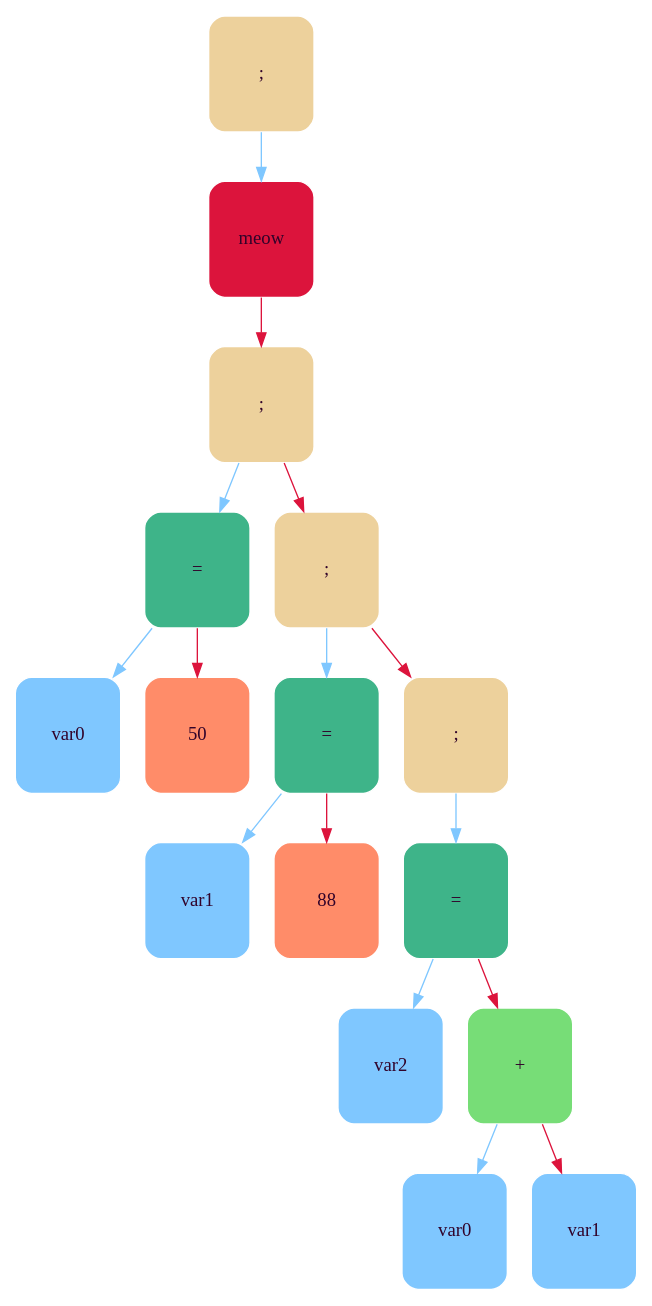
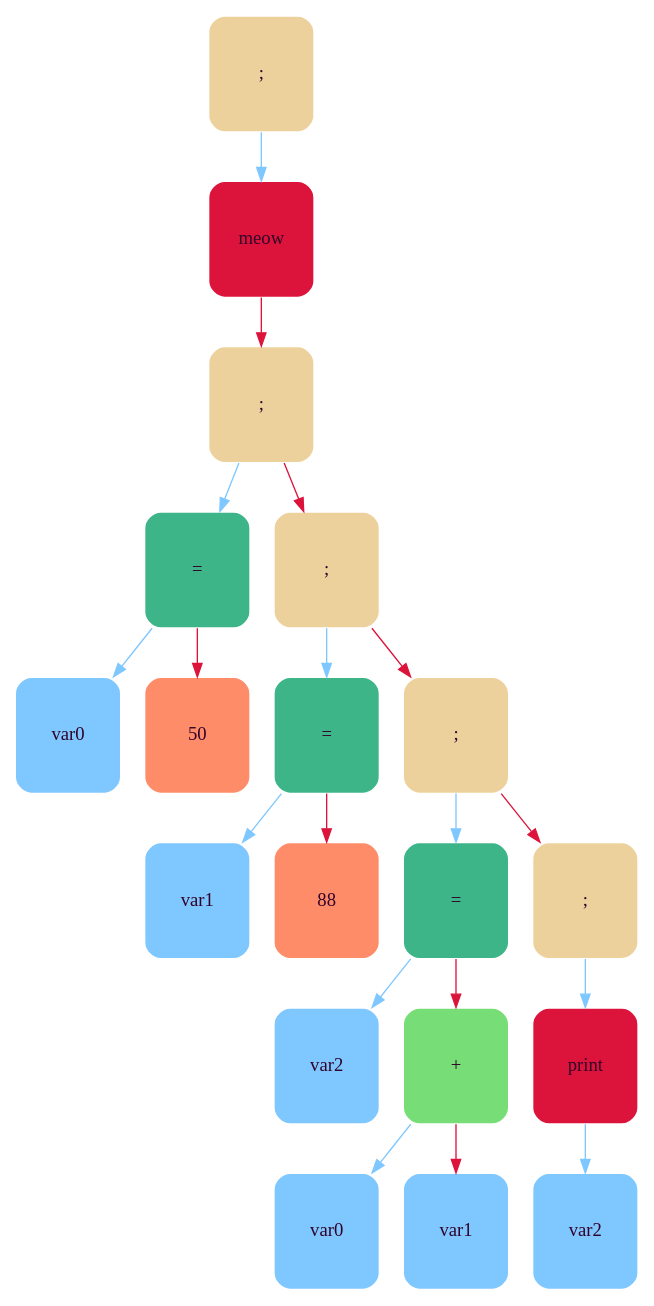
The diagram in frontend/tree/graph_lib/tree_dump.dot (MaxGroshev/language), drawn with Graphviz before and after one commit. The commit also changed 28 other files, not shown here.

```diff
--- a/frontend/tree/graph_lib/tree_dump.dot
+++ b/frontend/tree/graph_lib/tree_dump.dot
@@ -1,37 +1,43 @@
 digraph   
 {
 rankdir = ""
 splines = "true"
 
-node0x56345eefe7c8 [shape = "Mrecord", width = 1.1, height = 1.21, fillcolor = "#EDD19C", style = "filled", fontcolor = "#31032A", fontname = "Calibri", color = "white", label = "{;}"]
-node0x56345eefe7c8 -> node0x56345eefe838 [color = "#7FC7FF", style = "", constraint = true, fillcolor = "#7FC7FF",   fontcolor = "", fontname = "Calibri", label = ""];
-node0x56345eefe838 [shape = "Mrecord", width = 1.1, height = 1.21, fillcolor = "#DC143C", style = "filled", fontcolor = "#31032A", fontname = "Calibri", color = "white", label = "{meow}"]
-node0x56345eefe838 -> node0x56345eefe8a8 [color = "#DC143C", style = "", constraint = true, fillcolor = "#DC143C",   fontcolor = "", fontname = "Calibri", label = ""];
-node0x56345eefe8a8 [shape = "Mrecord", width = 1.1, height = 1.21, fillcolor = "#EDD19C", style = "filled", fontcolor = "#31032A", fontname = "Calibri", color = "white", label = "{;}"]
-node0x56345eefe8a8 -> node0x56345eefe918 [color = "#7FC7FF", style = "", constraint = true, fillcolor = "#7FC7FF",   fontcolor = "", fontname = "Calibri", label = ""];
-node0x56345eefe918 [shape = "Mrecord", width = 1.1, height = 1.21, fillcolor = "#3EB489", style = "filled", fontcolor = "#31032A", fontname = "Calibri", color = "white", label = "{=}"]
-node0x56345eefe918 -> node0x56345eefe988 [color = "#7FC7FF", style = "", constraint = true, fillcolor = "#7FC7FF",   fontcolor = "", fontname = "Calibri", label = ""];
-node0x56345eefe988 [shape = "Mrecord", width = 1.1, height = 1.21, fillcolor = "#7FC7FF", style = "filled", fontcolor = "#31032A", fontname = "Calibri", color = "white", label = "{var0}"]
-node0x56345eefe918 -> node0x56345eefe9f8 [color = "#DC143C", style = "", constraint = true, fillcolor = "#DC143C",   fontcolor = "", fontname = "Calibri", label = ""];
-node0x56345eefe9f8 [shape = "Mrecord", width = 1.1, height = 1.21, fillcolor = "#FF8C69", style = "filled", fontcolor = "#31032A", fontname = "Calibri", color = "white", label = "{50}"]
-node0x56345eefe8a8 -> node0x56345eefea68 [color = "#DC143C", style = "", constraint = true, fillcolor = "#DC143C",   fontcolor = "", fontname = "Calibri", label = ""];
-node0x56345eefea68 [shape = "Mrecord", width = 1.1, height = 1.21, fillcolor = "#EDD19C", style = "filled", fontcolor = "#31032A", fontname = "Calibri", color = "white", label = "{;}"]
-node0x56345eefea68 -> node0x56345eefead8 [color = "#7FC7FF", style = "", constraint = true, fillcolor = "#7FC7FF",   fontcolor = "", fontname = "Calibri", label = ""];
-node0x56345eefead8 [shape = "Mrecord", width = 1.1, height = 1.21, fillcolor = "#3EB489", style = "filled", fontcolor = "#31032A", fontname = "Calibri", color = "white", label = "{=}"]
-node0x56345eefead8 -> node0x56345eefeb48 [color = "#7FC7FF", style = "", constraint = true, fillcolor = "#7FC7FF",   fontcolor = "", fontname = "Calibri", label = ""];
-node0x56345eefeb48 [shape = "Mrecord", width = 1.1, height = 1.21, fillcolor = "#7FC7FF", style = "filled", fontcolor = "#31032A", fontname = "Calibri", color = "white", label = "{var1}"]
-node0x56345eefead8 -> node0x56345eefebb8 [color = "#DC143C", style = "", constraint = true, fillcolor = "#DC143C",   fontcolor = "", fontname = "Calibri", label = ""];
-node0x56345eefebb8 [shape = "Mrecord", width = 1.1, height = 1.21, fillcolor = "#FF8C69", style = "filled", fontcolor = "#31032A", fontname = "Calibri", color = "white", label = "{88}"]
-node0x56345eefea68 -> node0x56345eeff148 [color = "#DC143C", style = "", constraint = true, fillcolor = "#DC143C",   fontcolor = "", fontname = "Calibri", label = ""];
-node0x56345eeff148 [shape = "Mrecord", width = 1.1, height = 1.21, fillcolor = "#EDD19C", style = "filled", fontcolor = "#31032A", fontname = "Calibri", color = "white", label = "{;}"]
-node0x56345eeff148 -> node0x56345eeff1b8 [color = "#7FC7FF", style = "", constraint = true, fillcolor = "#7FC7FF",   fontcolor = "", fontname = "Calibri", label = ""];
-node0x56345eeff1b8 [shape = "Mrecord", width = 1.1, height = 1.21, fillcolor = "#3EB489", style = "filled", fontcolor = "#31032A", fontname = "Calibri", color = "white", label = "{=}"]
-node0x56345eeff1b8 -> node0x56345eeff228 [color = "#7FC7FF", style = "", constraint = true, fillcolor = "#7FC7FF",   fontcolor = "", fontname = "Calibri", label = ""];
-node0x56345eeff228 [shape = "Mrecord", width = 1.1, height = 1.21, fillcolor = "#7FC7FF", style = "filled", fontcolor = "#31032A", fontname = "Calibri", color = "white", label = "{var2}"]
-node0x56345eeff1b8 -> node0x56345eeff298 [color = "#DC143C", style = "", constraint = true, fillcolor = "#DC143C",   fontcolor = "", fontname = "Calibri", label = ""];
-node0x56345eeff298 [shape = "Mrecord", width = 1.1, height = 1.21, fillcolor = "#77DD77", style = "filled", fontcolor = "#31032A", fontname = "Calibri", color = "white", label = "{+}"]
-node0x56345eeff298 -> node0x56345eeff308 [color = "#7FC7FF", style = "", constraint = true, fillcolor = "#7FC7FF",   fontcolor = "", fontname = "Calibri", label = ""];
-node0x56345eeff308 [shape = "Mrecord", width = 1.1, height = 1.21, fillcolor = "#7FC7FF", style = "filled", fontcolor = "#31032A", fontname = "Calibri", color = "white", label = "{var0}"]
-node0x56345eeff298 -> node0x56345eeff378 [color = "#DC143C", style = "", constraint = true, fillcolor = "#DC143C",   fontcolor = "", fontname = "Calibri", label = ""];
-node0x56345eeff378 [shape = "Mrecord", width = 1.1, height = 1.21, fillcolor = "#7FC7FF", style = "filled", fontcolor = "#31032A", fontname = "Calibri", color = "white", label = "{var1}"]
+node0x55906f6007f8 [shape = "Mrecord", width = 1.1, height = 1.21, fillcolor = "#EDD19C", style = "filled", fontcolor = "#31032A", fontname = "Calibri", color = "white", label = "{;}"]
+node0x55906f6007f8 -> node0x55906f600868 [color = "#7FC7FF", style = "", constraint = true, fillcolor = "#7FC7FF",   fontcolor = "", fontname = "Calibri", label = ""];
+node0x55906f600868 [shape = "Mrecord", width = 1.1, height = 1.21, fillcolor = "#DC143C", style = "filled", fontcolor = "#31032A", fontname = "Calibri", color = "white", label = "{meow}"]
+node0x55906f600868 -> node0x55906f6008d8 [color = "#DC143C", style = "", constraint = true, fillcolor = "#DC143C",   fontcolor = "", fontname = "Calibri", label = ""];
+node0x55906f6008d8 [shape = "Mrecord", width = 1.1, height = 1.21, fillcolor = "#EDD19C", style = "filled", fontcolor = "#31032A", fontname = "Calibri", color = "white", label = "{;}"]
+node0x55906f6008d8 -> node0x55906f600948 [color = "#7FC7FF", style = "", constraint = true, fillcolor = "#7FC7FF",   fontcolor = "", fontname = "Calibri", label = ""];
+node0x55906f600948 [shape = "Mrecord", width = 1.1, height = 1.21, fillcolor = "#3EB489", style = "filled", fontcolor = "#31032A", fontname = "Calibri", color = "white", label = "{=}"]
+node0x55906f600948 -> node0x55906f6009b8 [color = "#7FC7FF", style = "", constraint = true, fillcolor = "#7FC7FF",   fontcolor = "", fontname = "Calibri", label = ""];
+node0x55906f6009b8 [shape = "Mrecord", width = 1.1, height = 1.21, fillcolor = "#7FC7FF", style = "filled", fontcolor = "#31032A", fontname = "Calibri", color = "white", label = "{var0}"]
+node0x55906f600948 -> node0x55906f600a28 [color = "#DC143C", style = "", constraint = true, fillcolor = "#DC143C",   fontcolor = "", fontname = "Calibri", label = ""];
+node0x55906f600a28 [shape = "Mrecord", width = 1.1, height = 1.21, fillcolor = "#FF8C69", style = "filled", fontcolor = "#31032A", fontname = "Calibri", color = "white", label = "{50}"]
+node0x55906f6008d8 -> node0x55906f600a98 [color = "#DC143C", style = "", constraint = true, fillcolor = "#DC143C",   fontcolor = "", fontname = "Calibri", label = ""];
+node0x55906f600a98 [shape = "Mrecord", width = 1.1, height = 1.21, fillcolor = "#EDD19C", style = "filled", fontcolor = "#31032A", fontname = "Calibri", color = "white", label = "{;}"]
+node0x55906f600a98 -> node0x55906f600b08 [color = "#7FC7FF", style = "", constraint = true, fillcolor = "#7FC7FF",   fontcolor = "", fontname = "Calibri", label = ""];
+node0x55906f600b08 [shape = "Mrecord", width = 1.1, height = 1.21, fillcolor = "#3EB489", style = "filled", fontcolor = "#31032A", fontname = "Calibri", color = "white", label = "{=}"]
+node0x55906f600b08 -> node0x55906f600b78 [color = "#7FC7FF", style = "", constraint = true, fillcolor = "#7FC7FF",   fontcolor = "", fontname = "Calibri", label = ""];
+node0x55906f600b78 [shape = "Mrecord", width = 1.1, height = 1.21, fillcolor = "#7FC7FF", style = "filled", fontcolor = "#31032A", fontname = "Calibri", color = "white", label = "{var1}"]
+node0x55906f600b08 -> node0x55906f600be8 [color = "#DC143C", style = "", constraint = true, fillcolor = "#DC143C",   fontcolor = "", fontname = "Calibri", label = ""];
+node0x55906f600be8 [shape = "Mrecord", width = 1.1, height = 1.21, fillcolor = "#FF8C69", style = "filled", fontcolor = "#31032A", fontname = "Calibri", color = "white", label = "{88}"]
+node0x55906f600a98 -> node0x55906f601158 [color = "#DC143C", style = "", constraint = true, fillcolor = "#DC143C",   fontcolor = "", fontname = "Calibri", label = ""];
+node0x55906f601158 [shape = "Mrecord", width = 1.1, height = 1.21, fillcolor = "#EDD19C", style = "filled", fontcolor = "#31032A", fontname = "Calibri", color = "white", label = "{;}"]
+node0x55906f601158 -> node0x55906f6011c8 [color = "#7FC7FF", style = "", constraint = true, fillcolor = "#7FC7FF",   fontcolor = "", fontname = "Calibri", label = ""];
+node0x55906f6011c8 [shape = "Mrecord", width = 1.1, height = 1.21, fillcolor = "#3EB489", style = "filled", fontcolor = "#31032A", fontname = "Calibri", color = "white", label = "{=}"]
+node0x55906f6011c8 -> node0x55906f601238 [color = "#7FC7FF", style = "", constraint = true, fillcolor = "#7FC7FF",   fontcolor = "", fontname = "Calibri", label = ""];
+node0x55906f601238 [shape = "Mrecord", width = 1.1, height = 1.21, fillcolor = "#7FC7FF", style = "filled", fontcolor = "#31032A", fontname = "Calibri", color = "white", label = "{var2}"]
+node0x55906f6011c8 -> node0x55906f6012a8 [color = "#DC143C", style = "", constraint = true, fillcolor = "#DC143C",   fontcolor = "", fontname = "Calibri", label = ""];
+node0x55906f6012a8 [shape = "Mrecord", width = 1.1, height = 1.21, fillcolor = "#77DD77", style = "filled", fontcolor = "#31032A", fontname = "Calibri", color = "white", label = "{+}"]
+node0x55906f6012a8 -> node0x55906f601318 [color = "#7FC7FF", style = "", constraint = true, fillcolor = "#7FC7FF",   fontcolor = "", fontname = "Calibri", label = ""];
+node0x55906f601318 [shape = "Mrecord", width = 1.1, height = 1.21, fillcolor = "#7FC7FF", style = "filled", fontcolor = "#31032A", fontname = "Calibri", color = "white", label = "{var0}"]
+node0x55906f6012a8 -> node0x55906f601388 [color = "#DC143C", style = "", constraint = true, fillcolor = "#DC143C",   fontcolor = "", fontname = "Calibri", label = ""];
+node0x55906f601388 [shape = "Mrecord", width = 1.1, height = 1.21, fillcolor = "#7FC7FF", style = "filled", fontcolor = "#31032A", fontname = "Calibri", color = "white", label = "{var1}"]
+node0x55906f601158 -> node0x55906f6013f8 [color = "#DC143C", style = "", constraint = true, fillcolor = "#DC143C",   fontcolor = "", fontname = "Calibri", label = ""];
+node0x55906f6013f8 [shape = "Mrecord", width = 1.1, height = 1.21, fillcolor = "#EDD19C", style = "filled", fontcolor = "#31032A", fontname = "Calibri", color = "white", label = "{;}"]
+node0x55906f6013f8 -> node0x55906f601468 [color = "#7FC7FF", style = "", constraint = true, fillcolor = "#7FC7FF",   fontcolor = "", fontname = "Calibri", label = ""];
+node0x55906f601468 [shape = "Mrecord", width = 1.1, height = 1.21, fillcolor = "#DC143C", style = "filled", fontcolor = "#31032A", fontname = "Calibri", color = "white", label = "{print}"]
+node0x55906f601468 -> node0x55906f6014d8 [color = "#7FC7FF", style = "", constraint = true, fillcolor = "#7FC7FF",   fontcolor = "", fontname = "Calibri", label = ""];
+node0x55906f6014d8 [shape = "Mrecord", width = 1.1, height = 1.21, fillcolor = "#7FC7FF", style = "filled", fontcolor = "#31032A", fontname = "Calibri", color = "white", label = "{var2}"]
 }
```
